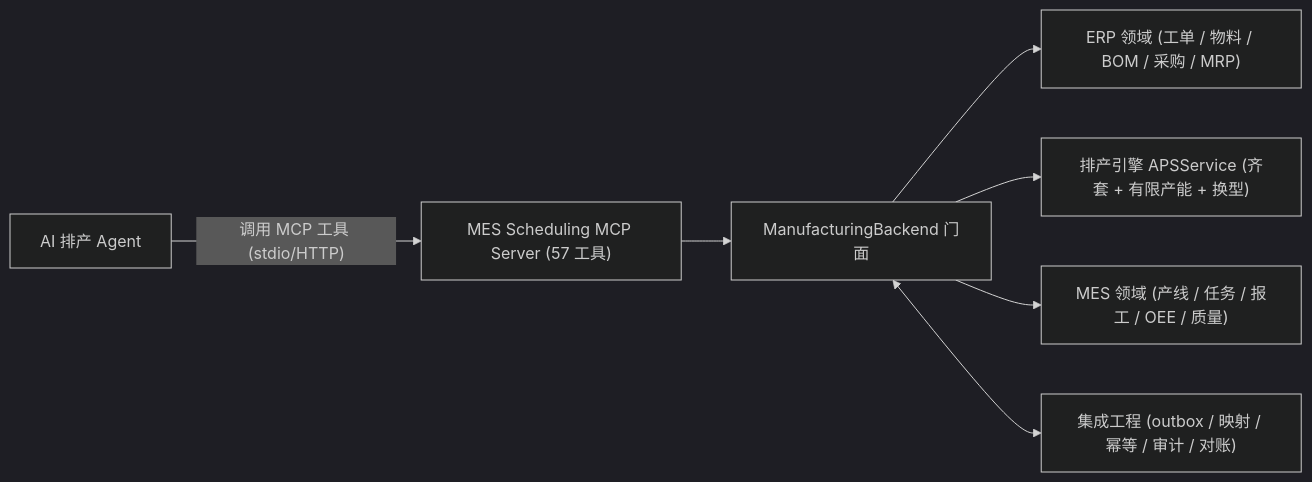
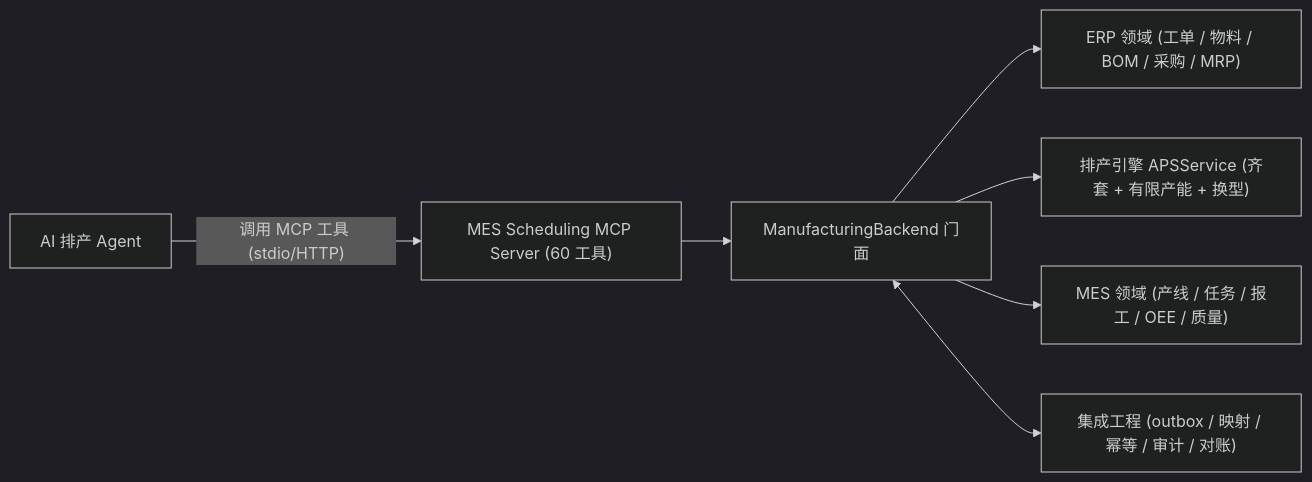
Before and after one commit to liliangxing/agent: the first of 2 diagrams in README.md, drawn with Mermaid (dark theme). The commit also changed other lines of this file and 9 other files, not shown here.

````diff
--- a/README.md
+++ b/README.md
@@ -68,16 +70,16 @@
 ```mermaid
 flowchart LR
     A["AI 排产 Agent"]
-    S["MES Scheduling MCP Server (57 工具)"]
+    S["MES Scheduling MCP Server (60 工具)"]
     B["ManufacturingBackend 门面"]
     ER["ERP 领域 (工单 / 物料 / BOM / 采购 / MRP)"]
     AP["排产引擎 APSService (齐套 + 有限产能 + 换型)"]
     ME["MES 领域 (产线 / 任务 / 报工 / OEE / 质量)"]
     IG["集成工程 (outbox / 映射 / 幂等 / 审计 / 对账)"]
     A -->|"调用 MCP 工具 (stdio/HTTP)"| S
     S --> B
     B --> ER
     B --> AP
     B --> ME
     B <--> IG
 ```
````
